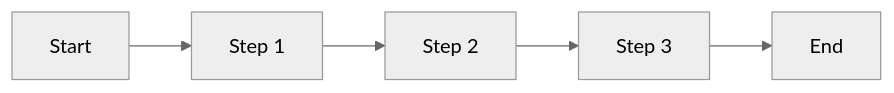
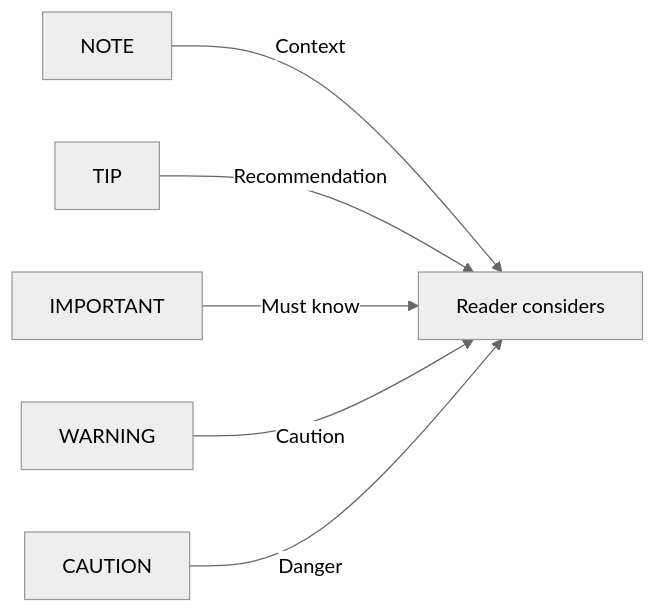
The diagram in word/seed/documentation/adoc/asciidoc-base.adoc (Creative-Workz-Studio-LLC/bereshit), drawn with Mermaid (neutral theme) before and after one commit. The commit also changed other lines of this file and 11263 other files, not shown here.

```diff
--- a/word/seed/documentation/adoc/asciidoc-base.adoc
+++ b/word/seed/documentation/adoc/asciidoc-base.adoc
@@ -483,8 +761,9 @@
 [mermaid]
 ----
 flowchart LR
-    A[Start] --> B[Step 1]
-    B --> C[Step 2]
-    C --> D[Step 3]
-    D --> E[End]
+    N[NOTE] -->|Context| R[Reader considers]
+    T[TIP] -->|Recommendation| R
+    I[IMPORTANT] -->|Must know| R
+    W[WARNING] -->|Caution| R
+    C[CAUTION] -->|Danger| R
 ----
```
